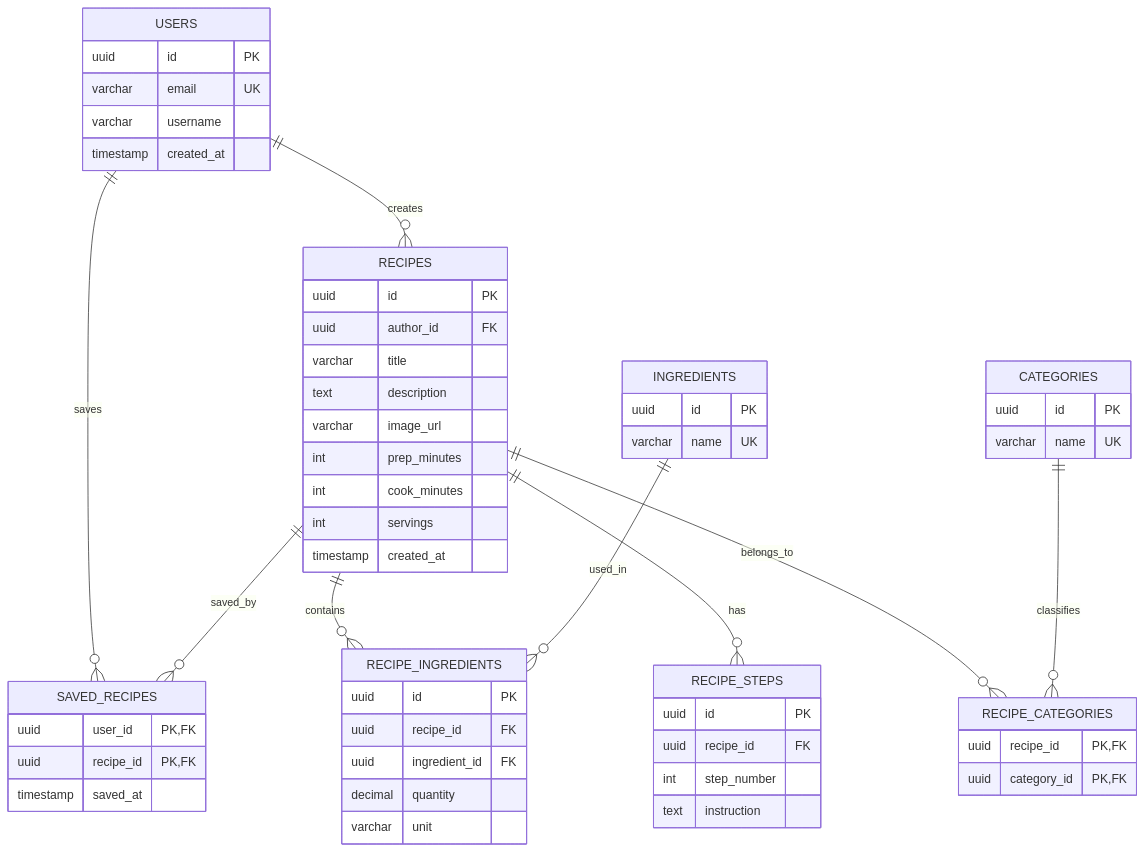
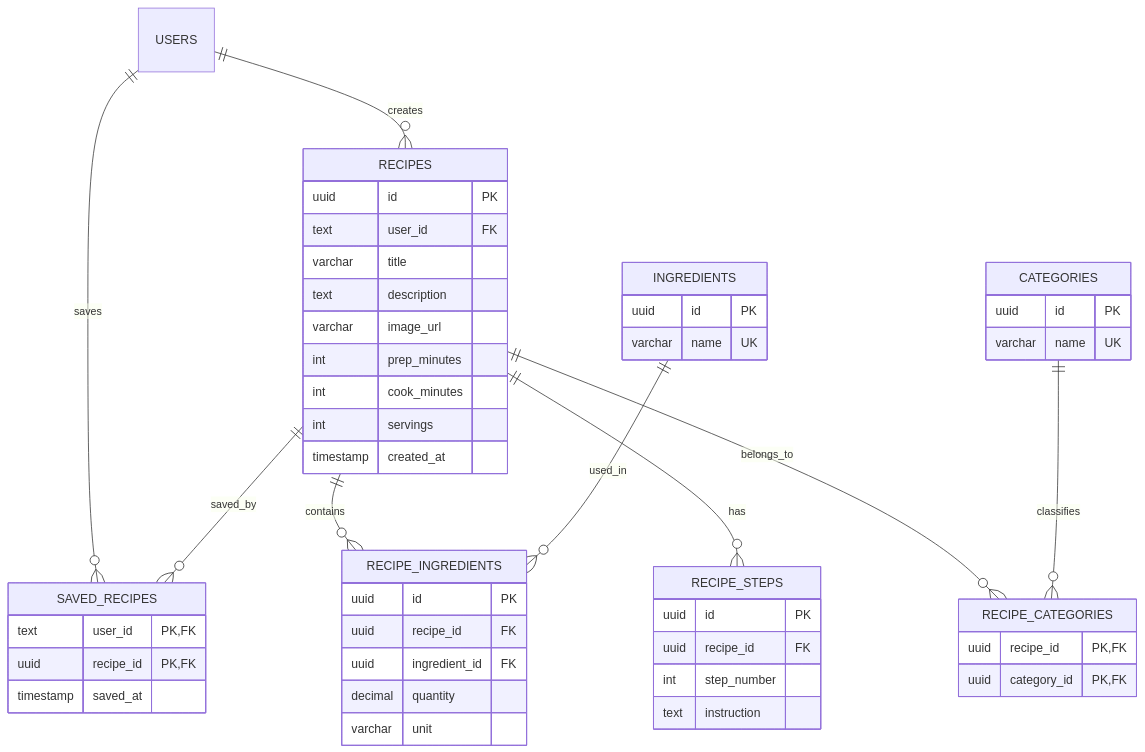
One commit to a-kuchmambetov/Food_helper changed the diagram in apps/docs/docs/database/recipes.mdx. Above: the diagram before and after it, drawn with Mermaid. The commit also changed 3 other files, not shown here.

Commit message:
feat(api): add recipe database schema

````diff
--- a/apps/docs/docs/database/recipes.mdx
+++ b/apps/docs/docs/database/recipes.mdx
@@ -1,66 +1,59 @@
 ```mermaid
 erDiagram
 USERS ||--o{ RECIPES : creates
 USERS ||--o{ SAVED_RECIPES : saves
 RECIPES ||--o{ SAVED_RECIPES : saved_by
 RECIPES ||--o{ RECIPE_INGREDIENTS : contains
 INGREDIENTS ||--o{ RECIPE_INGREDIENTS : used_in
 RECIPES ||--o{ RECIPE_STEPS : has
 RECIPES ||--o{ RECIPE_CATEGORIES : belongs_to
 CATEGORIES ||--o{ RECIPE_CATEGORIES : classifies
 
-    USERS {
-        uuid id PK
-        varchar email UK
-        varchar username
-        timestamp created_at
-    }
-
     RECIPES {
         uuid id PK
-        uuid author_id FK
+        text user_id FK
         varchar title
         text description
         varchar image_url
         int prep_minutes
         int cook_minutes
         int servings
         timestamp created_at
     }
 
     INGREDIENTS {
         uuid id PK
         varchar name UK
     }
 
     RECIPE_INGREDIENTS {
         uuid id PK
         uuid recipe_id FK
         uuid ingredient_id FK
         decimal quantity
         varchar unit
     }
 
     RECIPE_STEPS {
         uuid id PK
         uuid recipe_id FK
         int step_number
         text instruction
     }
 
     CATEGORIES {
         uuid id PK
         varchar name UK
     }
 
     RECIPE_CATEGORIES {
         uuid recipe_id PK,FK
         uuid category_id PK,FK
     }
 
     SAVED_RECIPES {
-        uuid user_id PK,FK
+        text user_id PK,FK
         uuid recipe_id PK,FK
         timestamp saved_at
     }
 ```
````
